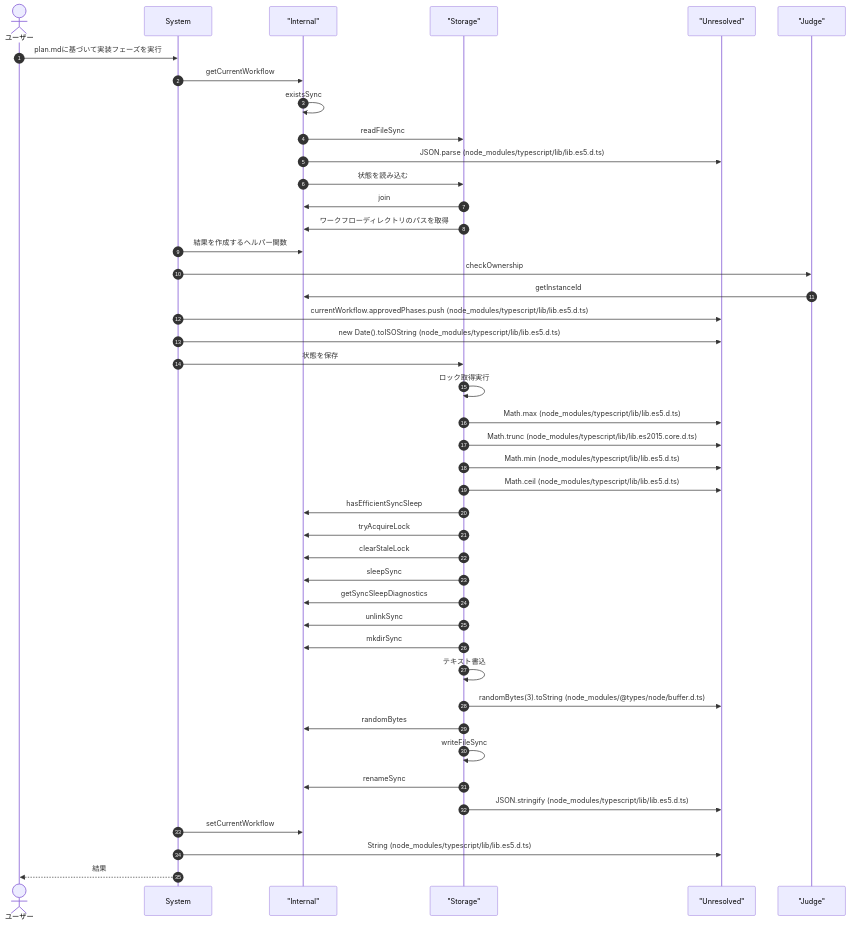
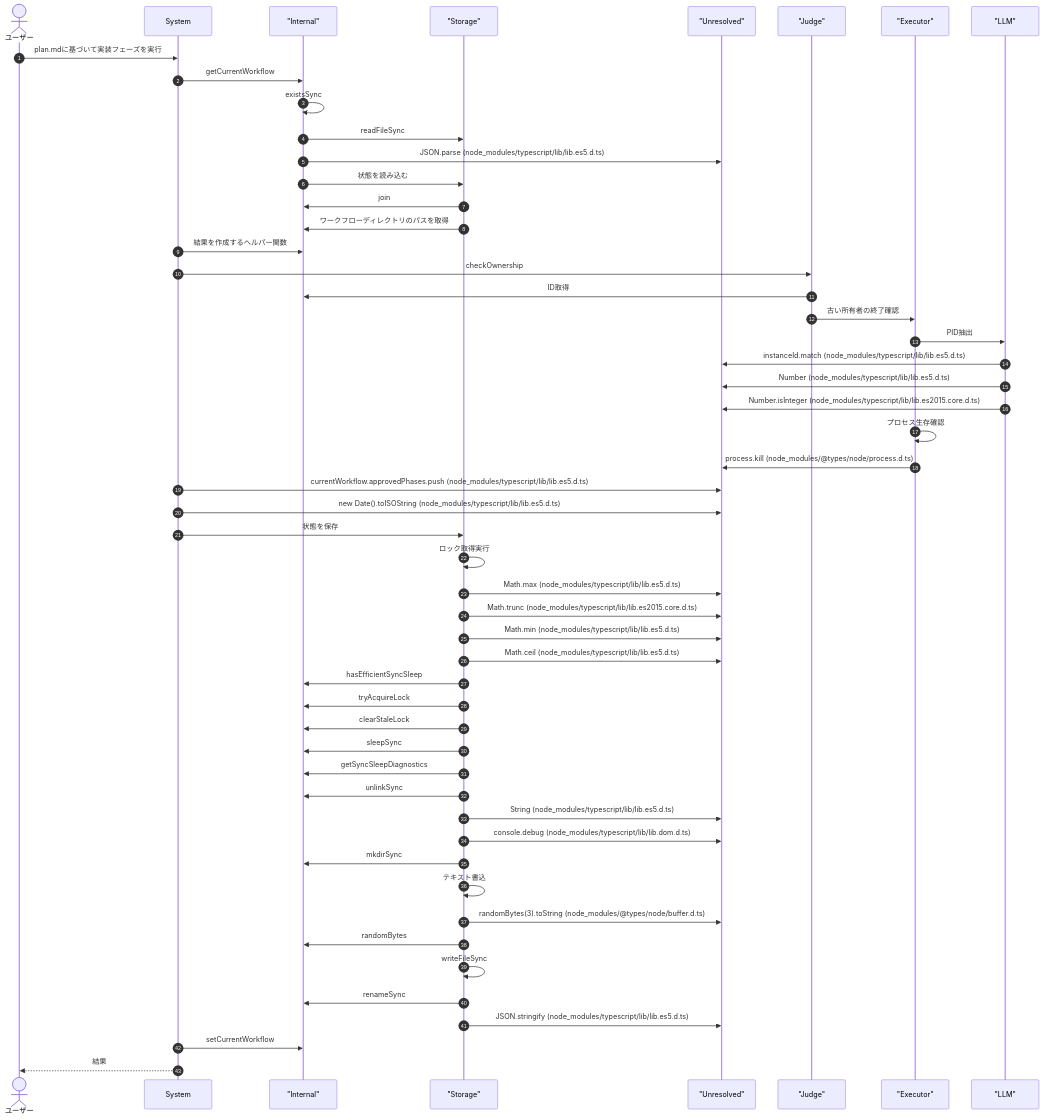
One commit to Mekann2904/mekann changed the eighth of 20 diagrams in ABDD/.pi/extensions/ul-workflow.md. Above: the diagram before and after it, drawn with Mermaid. The commit also changed other lines of this file and 189 other files, not shown here.

````diff
--- a/ABDD/.pi/extensions/ul-workflow.md
+++ b/ABDD/.pi/extensions/ul-workflow.md
@@ -344,47 +523,57 @@
 ```mermaid
 sequenceDiagram
   autonumber
   actor User as ユーザー
   participant System as System
   participant Internal as "Internal"
   participant Storage as "Storage"
   participant Unresolved as "Unresolved"
   participant Judge as "Judge"
+  participant Executor as "Executor"
+  participant LLM as "LLM"
 
   User->>System: plan.mdに基づいて実装フェーズを実行
   System->>Internal: getCurrentWorkflow
   Internal->>Internal: existsSync
   Internal->>Storage: readFileSync
   Internal->>Unresolved: JSON.parse (node_modules/typescript/lib/lib.es5.d.ts)
   Internal->>Storage: 状態を読み込む
   Storage->>Internal: join
   Storage->>Internal: ワークフローディレクトリのパスを取得
   System->>Internal: 結果を作成するヘルパー関数
   System->>Judge: checkOwnership
-  Judge->>Internal: getInstanceId
+  Judge->>Internal: ID取得
+  Judge->>Executor: 古い所有者の終了確認
+  Executor->>LLM: PID抽出
+  LLM->>Unresolved: instanceId.match (node_modules/typescript/lib/lib.es5.d.ts)
+  LLM->>Unresolved: Number (node_modules/typescript/lib/lib.es5.d.ts)
+  LLM->>Unresolved: Number.isInteger (node_modules/typescript/lib/lib.es2015.core.d.ts)
+  Executor->>Executor: プロセス生存確認
+  Executor->>Unresolved: process.kill (node_modules/@types/node/process.d.ts)
   System->>Unresolved: currentWorkflow.approvedPhases.push (node_modules/typescript/lib/lib.es5.d.ts)
   System->>Unresolved: new Date().toISOString (node_modules/typescript/lib/lib.es5.d.ts)
   System->>Storage: 状態を保存
   Storage->>Storage: ロック取得実行
   Storage->>Unresolved: Math.max (node_modules/typescript/lib/lib.es5.d.ts)
   Storage->>Unresolved: Math.trunc (node_modules/typescript/lib/lib.es2015.core.d.ts)
   Storage->>Unresolved: Math.min (node_modules/typescript/lib/lib.es5.d.ts)
   Storage->>Unresolved: Math.ceil (node_modules/typescript/lib/lib.es5.d.ts)
   Storage->>Internal: hasEfficientSyncSleep
   Storage->>Internal: tryAcquireLock
   Storage->>Internal: clearStaleLock
   Storage->>Internal: sleepSync
   Storage->>Internal: getSyncSleepDiagnostics
   Storage->>Internal: unlinkSync
+  Storage->>Unresolved: String (node_modules/typescript/lib/lib.es5.d.ts)
+  Storage->>Unresolved: console.debug (node_modules/typescript/lib/lib.dom.d.ts)
   Storage->>Internal: mkdirSync
   Storage->>Storage: テキスト書込
   Storage->>Unresolved: randomBytes(3).toString (node_modules/@types/node/buffer.d.ts)
   Storage->>Internal: randomBytes
   Storage->>Storage: writeFileSync
   Storage->>Internal: renameSync
   Storage->>Unresolved: JSON.stringify (node_modules/typescript/lib/lib.es5.d.ts)
   System->>Internal: setCurrentWorkflow
-  System->>Unresolved: String (node_modules/typescript/lib/lib.es5.d.ts)
   System-->>User: 結果
 
 ```
````
